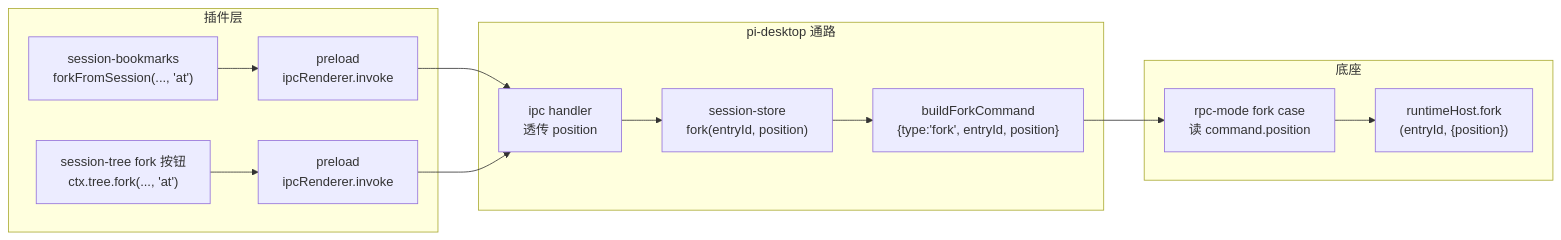
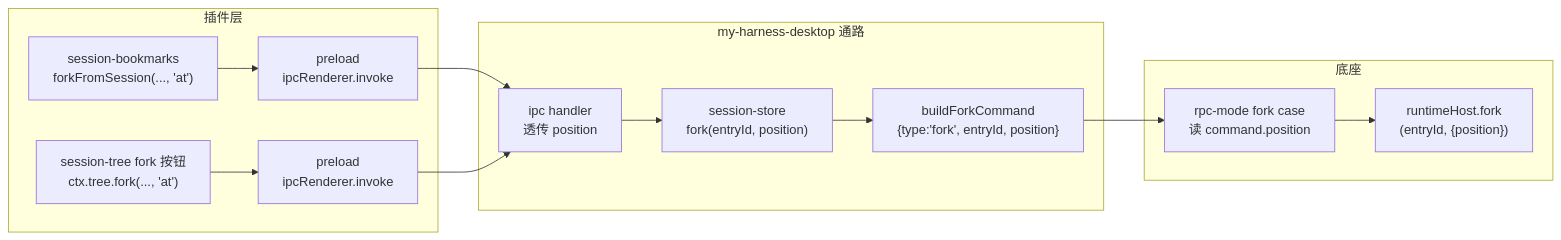
One commit to GOODDAYDAY/my-harness-desktop changed the diagram in docs/design/bookmark-fork-at.md. Above: the diagram before and after it, drawn with Mermaid. The commit also changed other lines of this file and 529 other files, not shown here.

First line of the commit message:
chore: 改名 pi-desktop → my-harness-desktop

````diff
--- a/docs/design/bookmark-fork-at.md
+++ b/docs/design/bookmark-fork-at.md
@@ -128,17 +128,17 @@
 ```mermaid
 flowchart LR
     subgraph UI["插件层"]
         A["session-bookmarks<br/>forkFromSession(..., 'at')"] --> B["preload<br/>ipcRenderer.invoke"]
         C["session-tree fork 按钮<br/>ctx.tree.fork(..., 'at')"] --> D["preload<br/>ipcRenderer.invoke"]
     end
-    subgraph Core["pi-desktop 通路"]
+    subgraph Core["my-harness-desktop 通路"]
         B --> E["ipc handler<br/>透传 position"]
         D --> E
         E --> F["session-store<br/>fork(entryId, position)"]
         F --> G["buildForkCommand<br/>{type:'fork', entryId, position}"]
     end
     subgraph Base["底座"]
         G --> H["rpc-mode fork case<br/>读 command.position"]
         H --> I["runtimeHost.fork<br/>(entryId, {position})"]
     end
 ```
````
